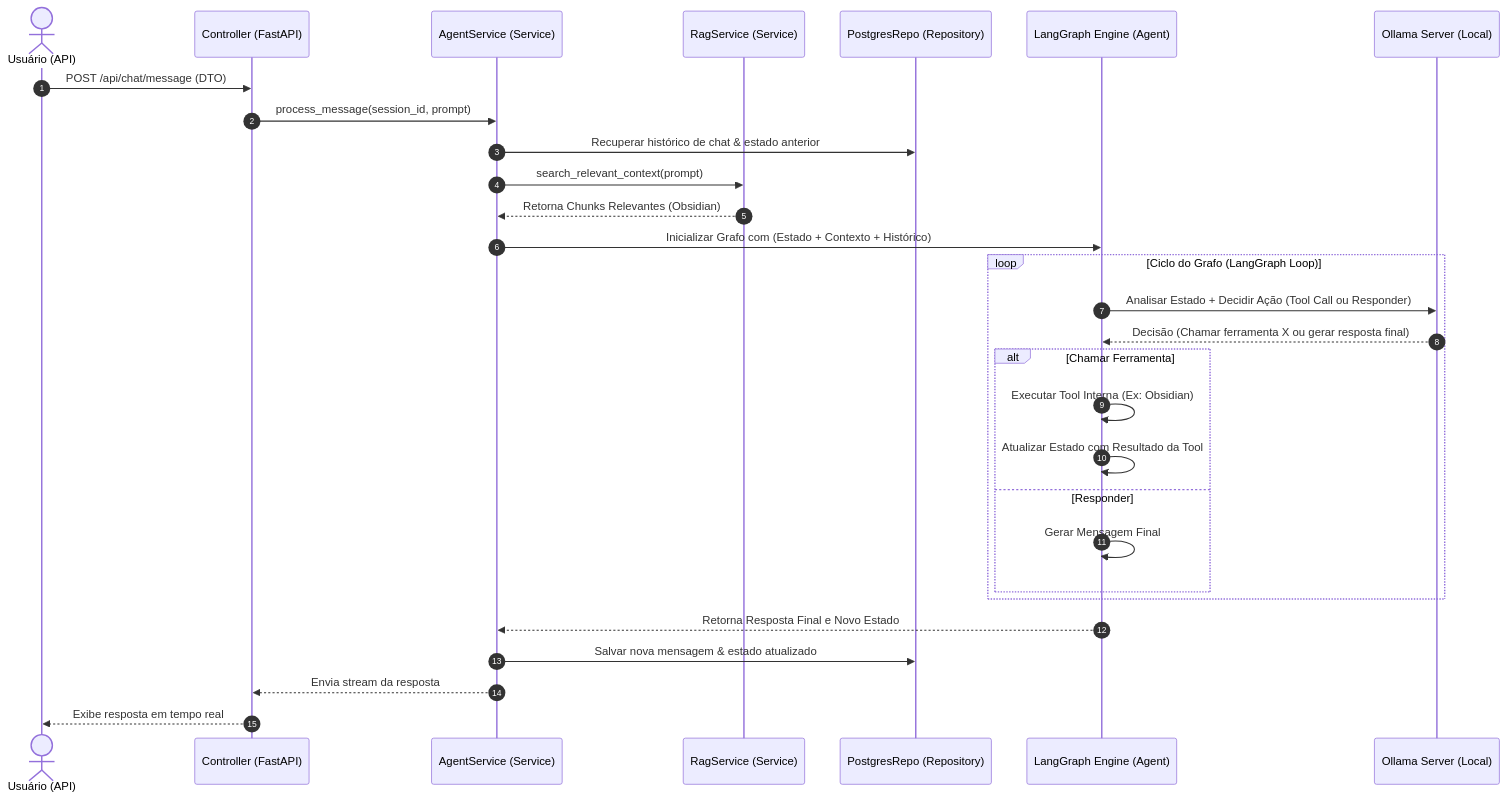
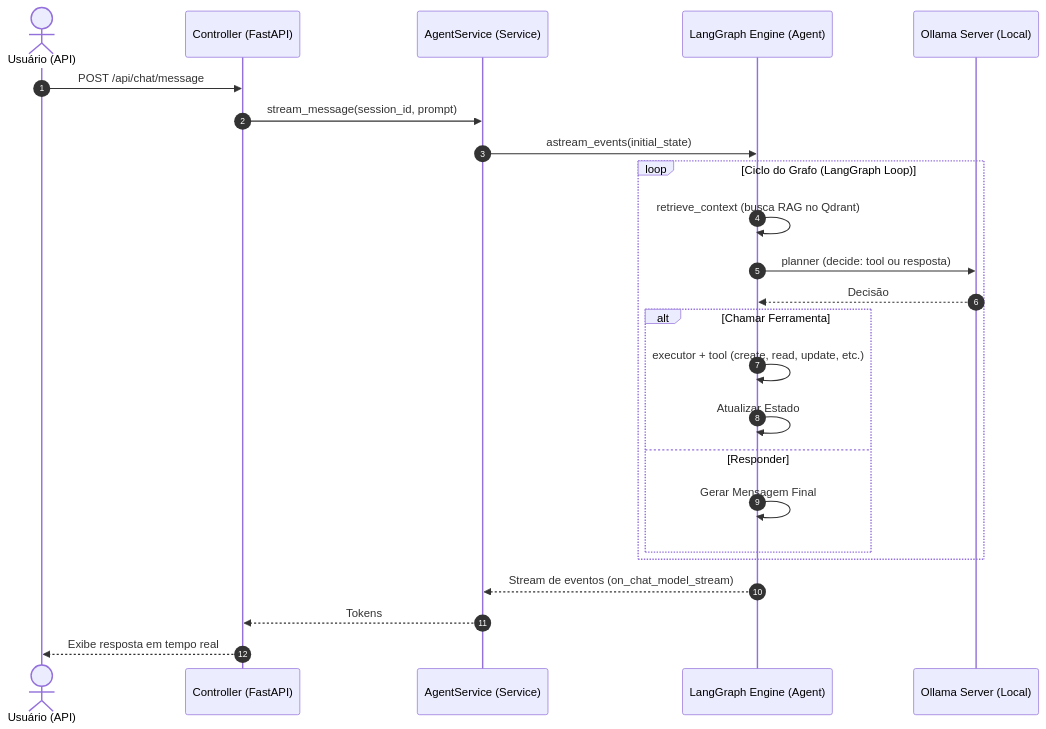
One commit to Brian5m1th/K.A.O.S changed the second of 2 diagrams in docs/02_fluxo_dados.md. Above: the diagram before and after it, drawn with Mermaid. The commit also changed other lines of this file and 13 other files, not shown here.

````diff
--- a/docs/02_fluxo_dados.md
+++ b/docs/02_fluxo_dados.md
@@ -41,34 +43,29 @@
 ```mermaid
 sequenceDiagram
     autonumber
     actor User as Usuário (API)
     participant API as Controller (FastAPI)
     participant SVC as AgentService (Service)
-    participant RAG as RagService (Service)
-    participant DB as PostgresRepo (Repository)
     participant GRAPH as LangGraph Engine (Agent)
     participant LLM as Ollama Server (Local)
 
-    User->>API: POST /api/chat/message (DTO)
-    API->>SVC: process_message(session_id, prompt)
-    SVC->>DB: Recuperar histórico de chat & estado anterior
-    SVC->>RAG: search_relevant_context(prompt)
-    RAG-->>SVC: Retorna Chunks Relevantes (Obsidian)
-    SVC->>GRAPH: Inicializar Grafo com (Estado + Contexto + Histórico)
+    User->>API: POST /api/chat/message
+    API->>SVC: stream_message(session_id, prompt)
+    SVC->>GRAPH: astream_events(initial_state)
     
     loop Ciclo do Grafo (LangGraph Loop)
-        GRAPH->>LLM: Analisar Estado + Decidir Ação (Tool Call ou Responder)
-        LLM-->>GRAPH: Decisão (Chamar ferramenta X ou gerar resposta final)
+        GRAPH->>GRAPH: retrieve_context (busca RAG no Qdrant)
+        GRAPH->>LLM: planner (decide: tool ou resposta)
+        LLM-->>GRAPH: Decisão
         alt Chamar Ferramenta
-            GRAPH->>GRAPH: Executar Tool Interna (Ex: Obsidian)
-            GRAPH->>GRAPH: Atualizar Estado com Resultado da Tool
+            GRAPH->>GRAPH: executor + tool (create, read, update, etc.)
+            GRAPH->>GRAPH: Atualizar Estado
         else Responder
             GRAPH->>GRAPH: Gerar Mensagem Final
         end
     end
     
-    GRAPH-->>SVC: Retorna Resposta Final e Novo Estado
-    SVC->>DB: Salvar nova mensagem & estado atualizado
-    SVC-->>API: Envia stream da resposta
+    GRAPH-->>SVC: Stream de eventos (on_chat_model_stream)
+    SVC-->>API: Tokens
     API-->>User: Exibe resposta em tempo real
 ```
````
